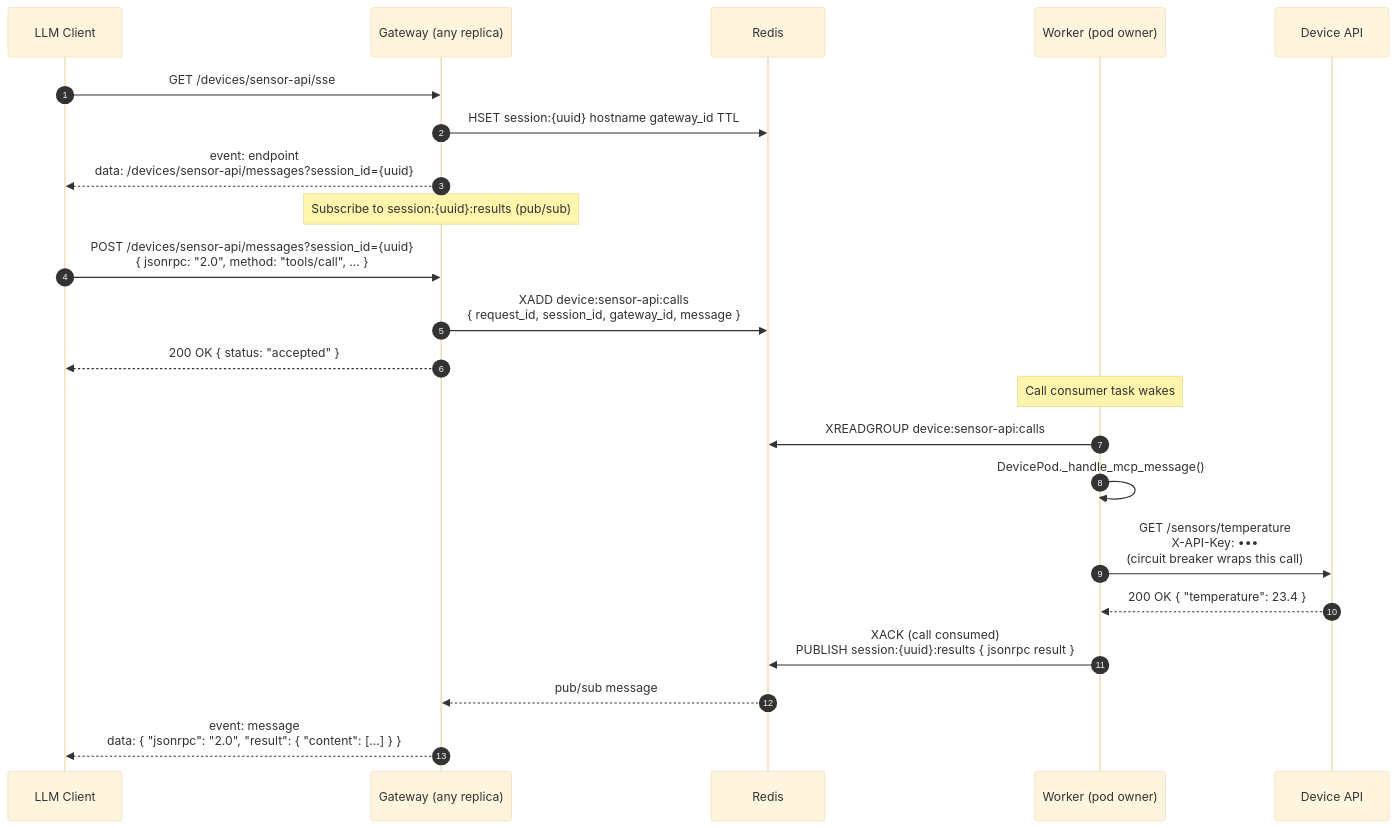
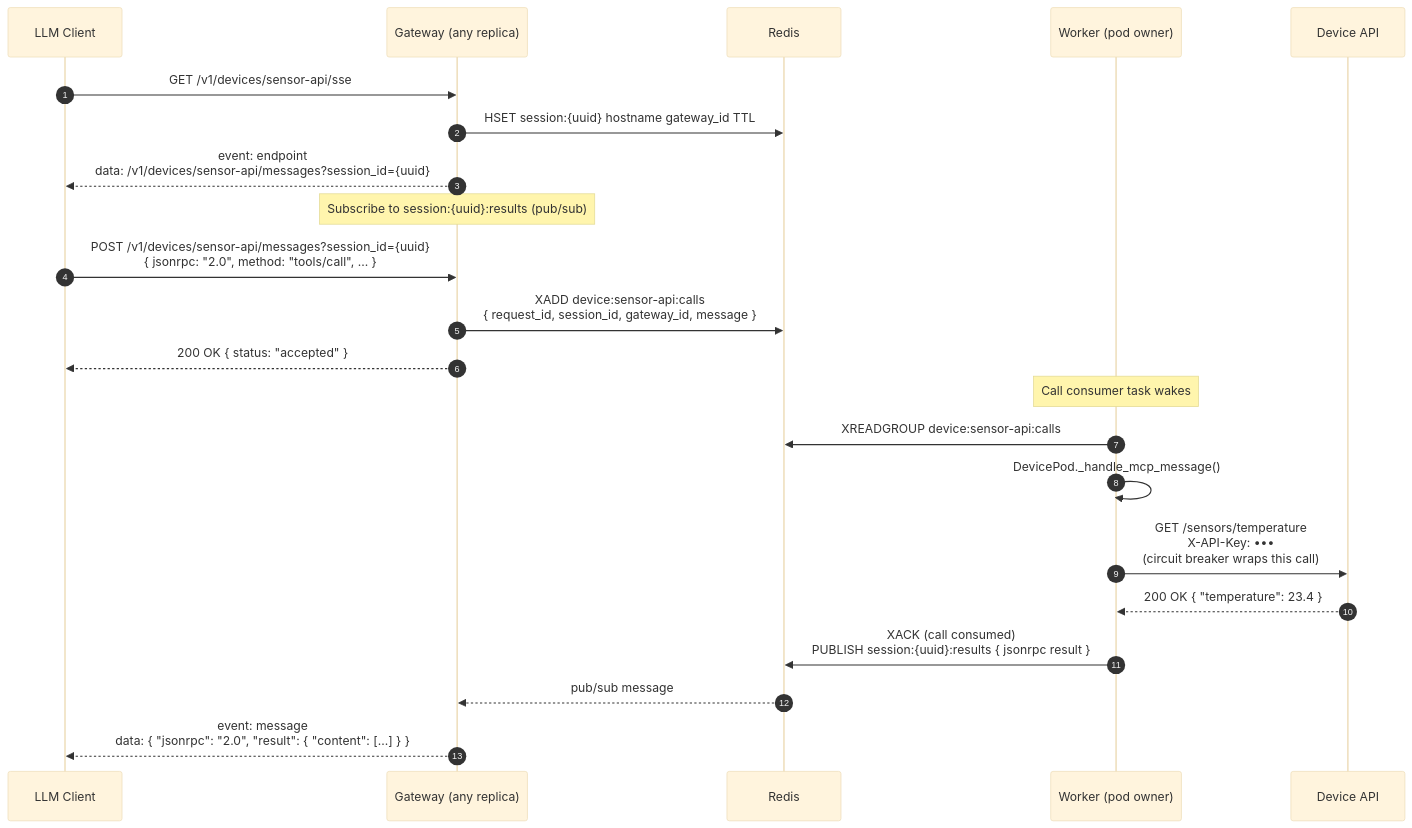
The third of 3 diagrams in docs/kubernetes-architecture.md (benwold-lgtm/MCP-Gateway), drawn with Mermaid (base theme) before and after one commit. The commit also changed other lines of this file and 18 other files, not shown here.

````diff
--- a/docs/kubernetes-architecture.md
+++ b/docs/kubernetes-architecture.md
@@ -125,29 +125,29 @@
 ```mermaid
 sequenceDiagram
     autonumber
 
     participant LLM as LLM Client
     participant GW as Gateway (any replica)
     participant REDIS as Redis
     participant WK as Worker (pod owner)
     participant API as Device API
 
-    LLM->>GW: GET /devices/sensor-api/sse
+    LLM->>GW: GET /v1/devices/sensor-api/sse
     GW->>REDIS: HSET session:{uuid} hostname gateway_id TTL
-    GW-->>LLM: event: endpoint<br/>data: /devices/sensor-api/messages?session_id={uuid}
+    GW-->>LLM: event: endpoint<br/>data: /v1/devices/sensor-api/messages?session_id={uuid}
     Note over GW: Subscribe to session:{uuid}:results (pub/sub)
 
-    LLM->>GW: POST /devices/sensor-api/messages?session_id={uuid}<br/>{ jsonrpc: "2.0", method: "tools/call", ... }
+    LLM->>GW: POST /v1/devices/sensor-api/messages?session_id={uuid}<br/>{ jsonrpc: "2.0", method: "tools/call", ... }
     GW->>REDIS: XADD device:sensor-api:calls<br/>{ request_id, session_id, gateway_id, message }
     GW-->>LLM: 200 OK { status: "accepted" }
 
     Note over WK: Call consumer task wakes
     WK->>REDIS: XREADGROUP device:sensor-api:calls
     WK->>WK: DevicePod._handle_mcp_message()
     WK->>API: GET /sensors/temperature<br/>X-API-Key: •••<br/>(circuit breaker wraps this call)
     API-->>WK: 200 OK { "temperature": 23.4 }
     WK->>REDIS: XACK  (call consumed)<br/>PUBLISH session:{uuid}:results { jsonrpc result }
 
     REDIS-->>GW: pub/sub message
     GW-->>LLM: event: message<br/>data: { "jsonrpc": "2.0", "result": { "content": [...] } }
 ```
````
